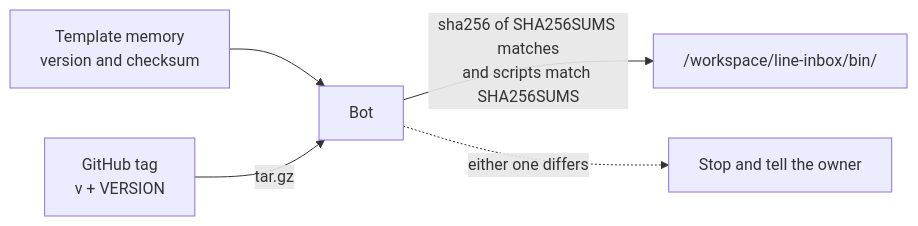
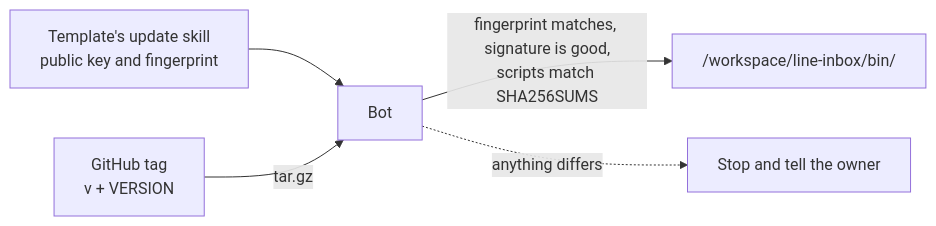
The diagram in README.en.md (keesmark/grok-bot-line-desk), drawn with Mermaid before and after one commit. The commit also changed other lines of this file and 9 other files, not shown here.

````diff
--- a/README.en.md
+++ b/README.en.md
@@ -25,7 +26,7 @@
 ```mermaid
 flowchart LR
-  M[Template memory<br>version and checksum] --> B[Bot]
+  K[Template's update skill<br>public key and fingerprint] --> B[Bot]
   R[GitHub tag<br>v + VERSION] -->|tar.gz| B
-  B -->|sha256 of SHA256SUMS matches<br>and scripts match SHA256SUMS| W["/workspace/line-inbox/bin/"]
-  B -.->|either one differs| S[Stop and tell the owner]
+  B -->|fingerprint matches, signature is good,<br>scripts match SHA256SUMS| W["/workspace/line-inbox/bin/"]
+  B -.->|anything differs| S[Stop and tell the owner]
 ```
````
